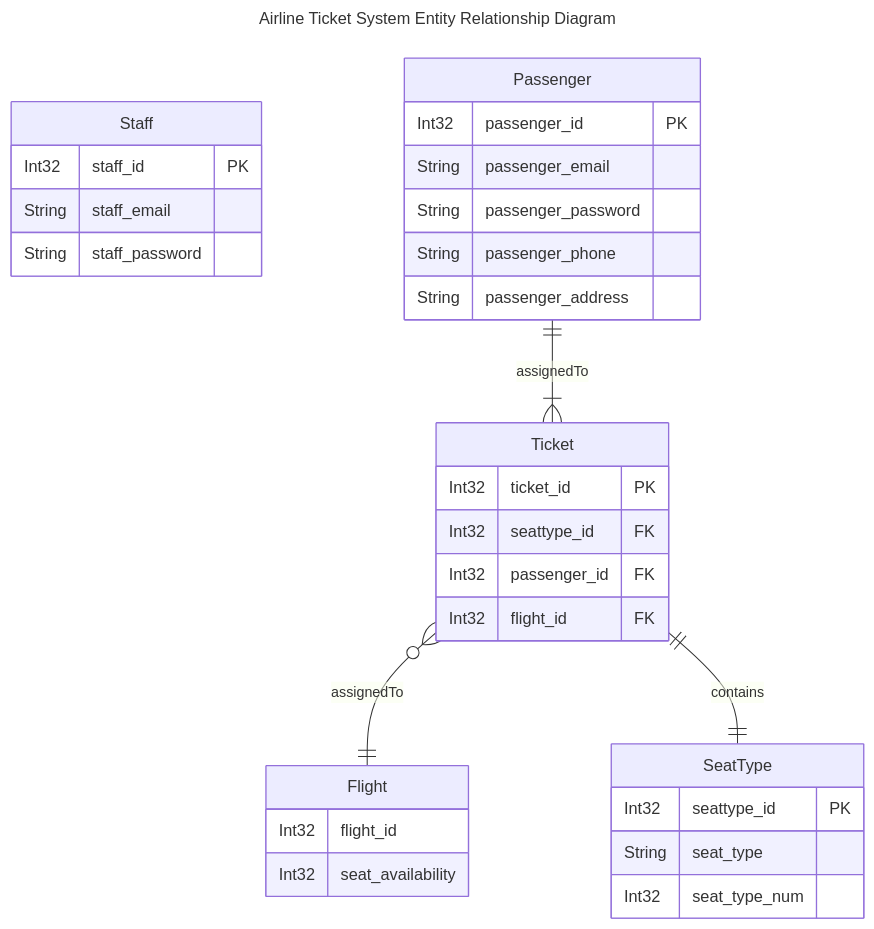
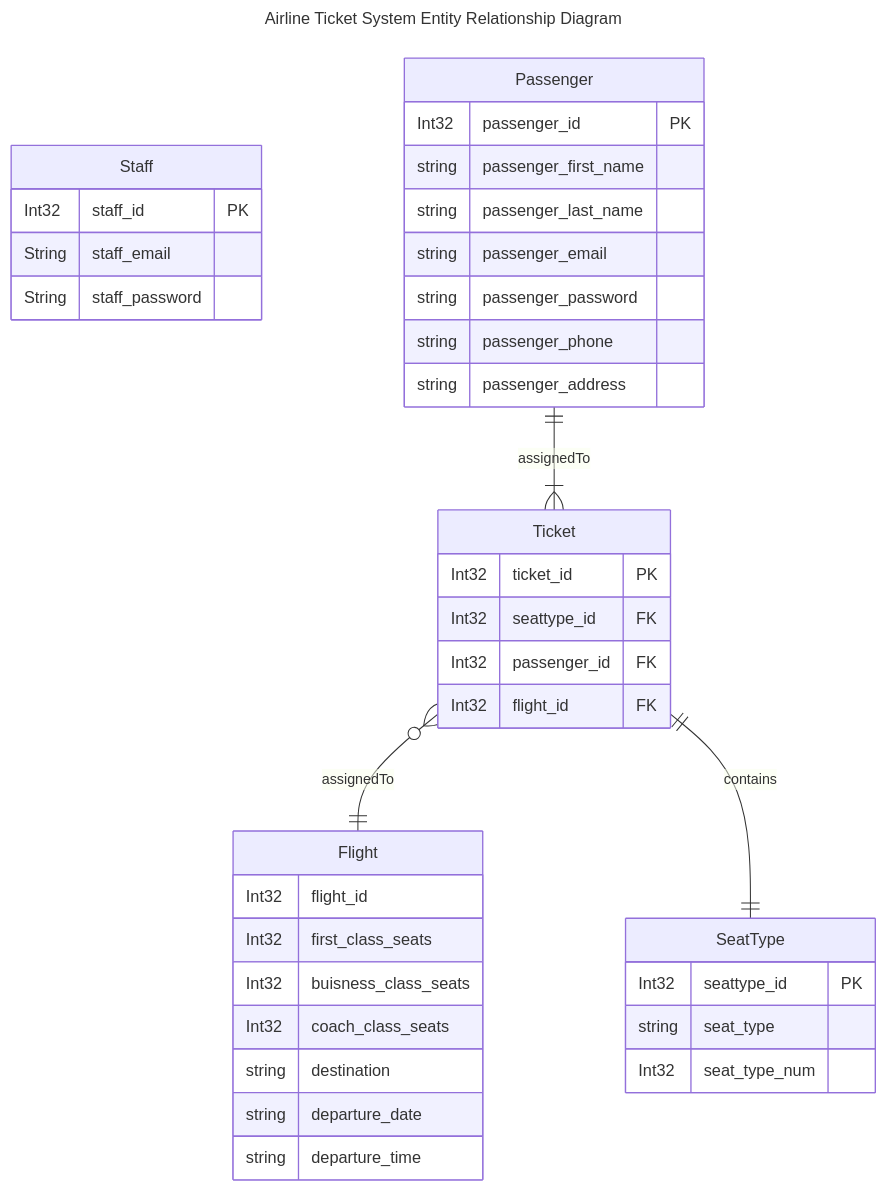
Before and after one commit to 4lex16/AppDevProject: the diagram in docs/Diagrams/ERD.md, drawn with Mermaid.

Commit message:
DOC: Updated some information

````diff
--- a/docs/Diagrams/ERD.md
+++ b/docs/Diagrams/ERD.md
@@ -4,45 +4,51 @@
 ```mermaid
 ---
 title: Airline Ticket System Entity Relationship Diagram
 ---
 erDiagram
     %% Staff will be created by "Admin" (outside of our program)
     Staff {
         Int32 staff_id PK
         String staff_email
         String staff_password
     }
     
     Passenger {
         Int32 passenger_id PK
-        String passenger_email
-        String passenger_password
-        String passenger_phone
-        String passenger_address
+        string passenger_first_name
+        string passenger_last_name
+        string passenger_email
+        string passenger_password
+        string passenger_phone
+        string passenger_address
     }
 
     %% Flight will be created by "Admin" (outside of our program)
     Flight {
         Int32 flight_id
-        Int32 seat_availability
+        Int32 first_class_seats
+        Int32 buisness_class_seats
+        Int32 coach_class_seats
+        string destination
+        string departure_date
+        string departure_time
     }
 
-    
 
     Ticket {
         Int32 ticket_id PK
         Int32 seattype_id FK
         Int32 passenger_id FK
         Int32 flight_id FK
     }
 
     SeatType {
         Int32 seattype_id PK
-        String seat_type
+        string seat_type
         Int32 seat_type_num
     }
 
     Passenger ||--|{ Ticket : assignedTo
     Ticket }o--|| Flight: assignedTo
     Ticket ||--|| SeatType: contains
 ```
````
